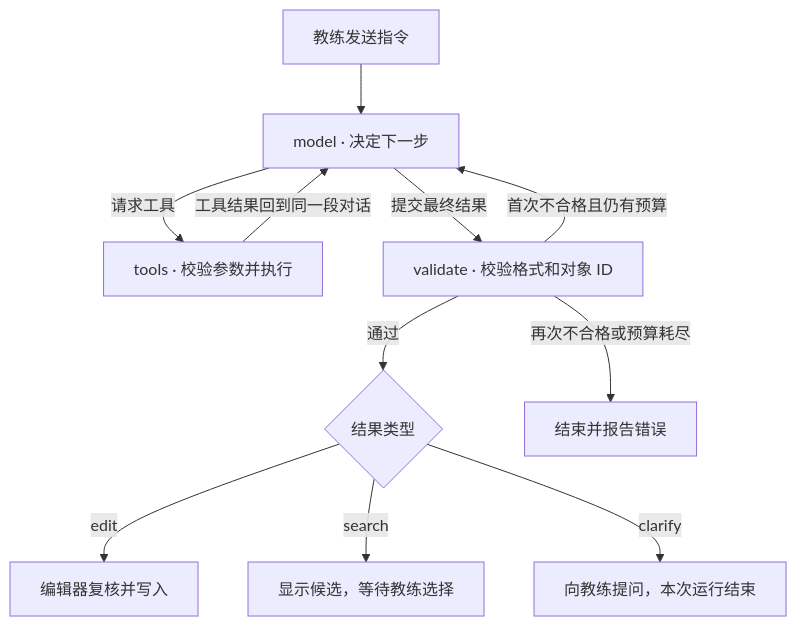
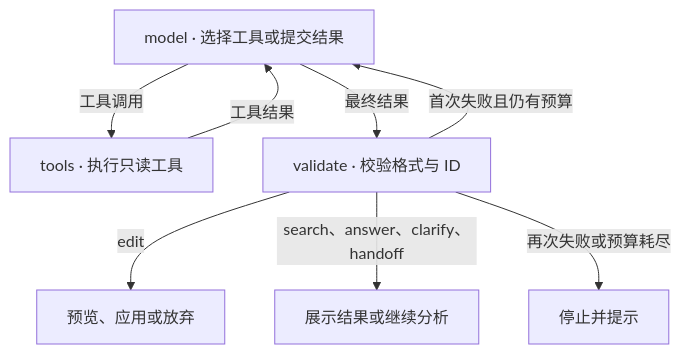
The diagram in docs/BOARD_ASSISTANT.md (TIMPICKLE/playbook-studio-web), drawn with Mermaid before and after one commit. The commit also changed other lines of this file and 30 other files, not shown here.

````diff
--- a/docs/BOARD_ASSISTANT.md
+++ b/docs/BOARD_ASSISTANT.md
@@ -9,13 +7,10 @@
 ```mermaid
 flowchart TD
-    Start["教练发送指令"] --> M["model · 决定下一步"]
-    M -->|"请求工具"| T["tools · 校验参数并执行"]
-    T -->|"工具结果回到同一段对话"| M
-    M -->|"提交最终结果"| V["validate · 校验格式和对象 ID"]
-    V -->|"首次不合格且仍有预算"| M
-    V -->|"通过"| R{"结果类型"}
-    V -->|"再次不合格或预算耗尽"| F["结束并报告错误"]
-    R -->|"edit"| E["编辑器复核并写入"]
-    R -->|"search"| S["显示候选，等待教练选择"]
-    R -->|"clarify"| Q["向教练提问，本次运行结束"]
+    M["model · 选择工具或提交结果"] -->|"工具调用"| T["tools · 执行只读工具"]
+    T -->|"工具结果"| M
+    M -->|"最终结果"| V["validate · 校验格式与 ID"]
+    V -->|"首次失败且仍有预算"| M
+    V -->|"edit"| P["预览、应用或放弃"]
+    V -->|"search、answer、clarify、handoff"| R["展示结果或继续分析"]
+    V -->|"再次失败或预算耗尽"| F["停止并提示"]
 ```
````
